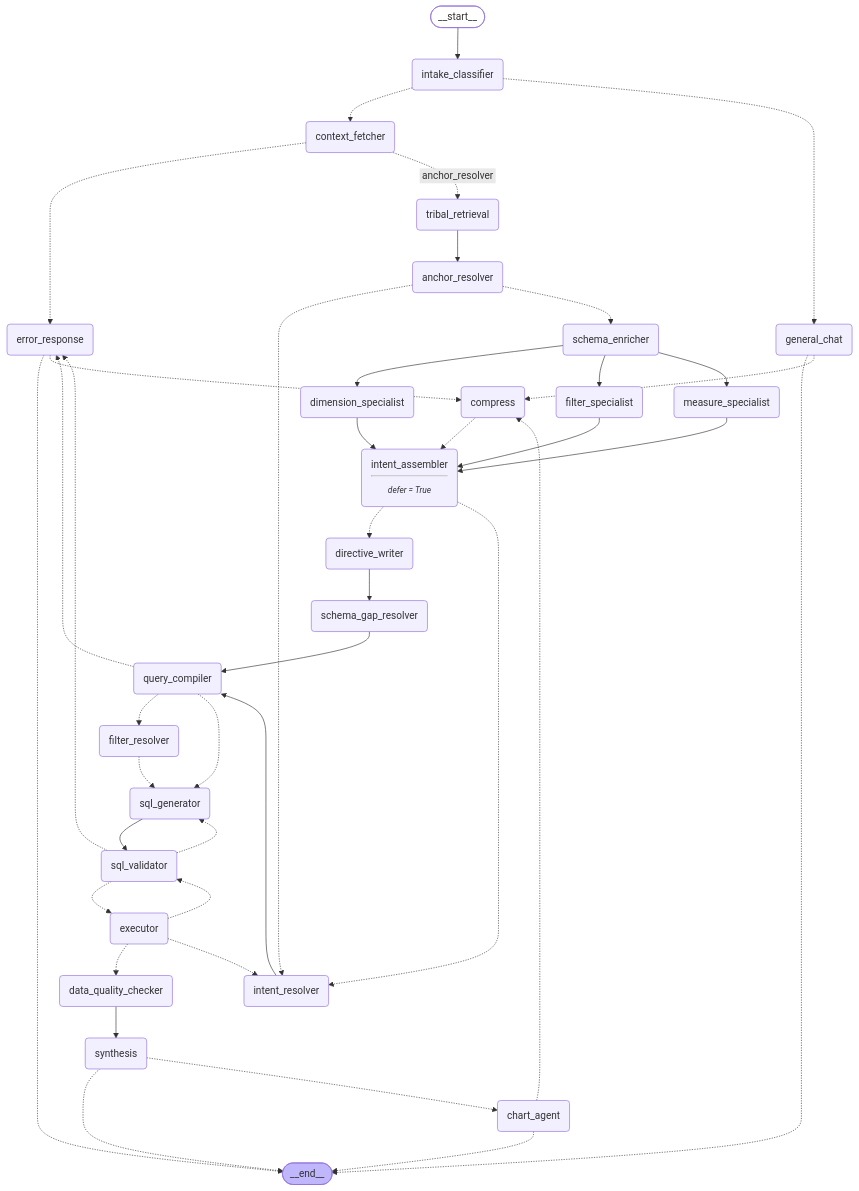
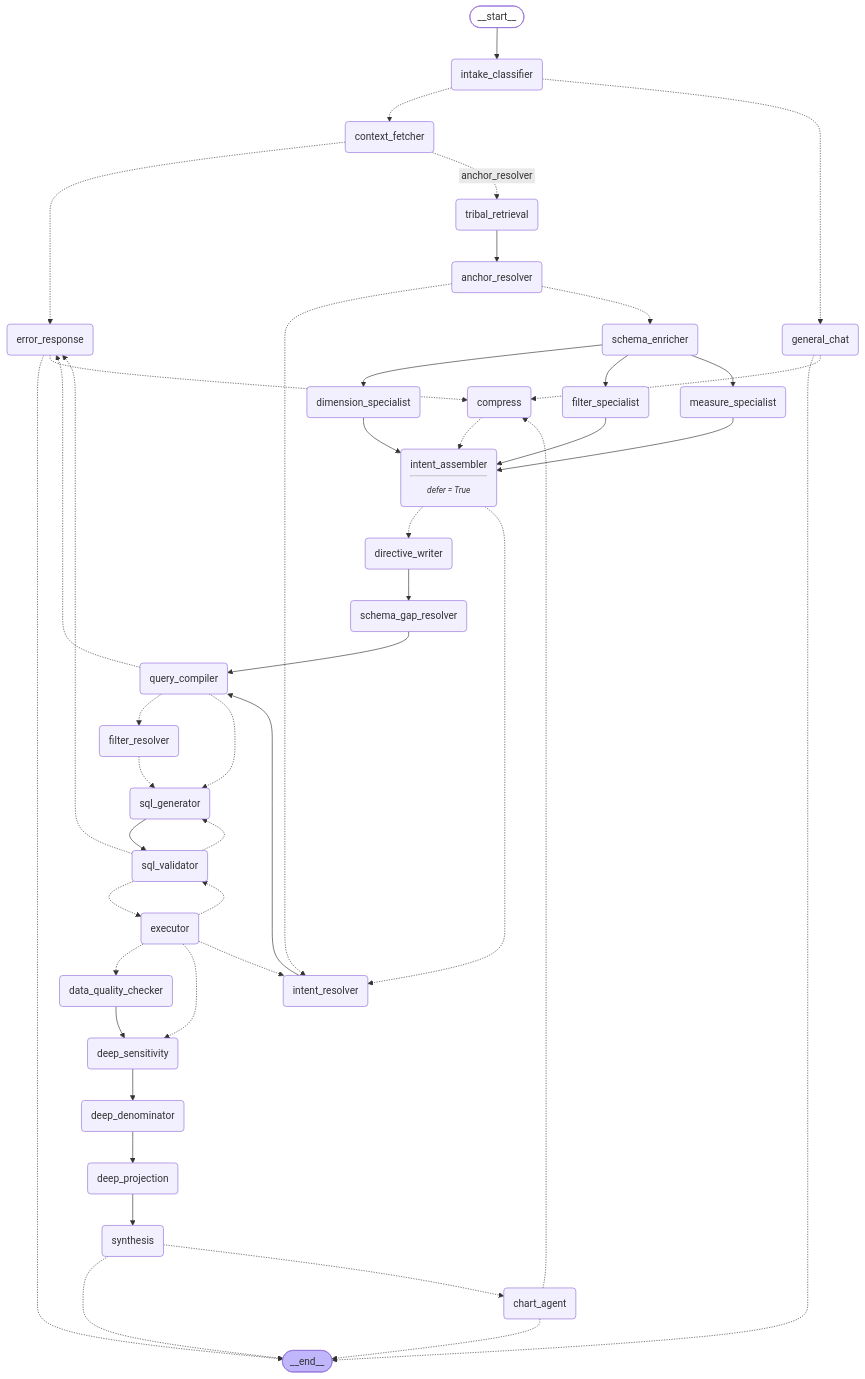
One commit to mayankdas2005/MTI-Brain changed the diagram in assets/analytics_graph.mmd. Above: the diagram before and after it, drawn with Mermaid. The commit also changed 18 other files, not shown here.

```diff
--- a/assets/analytics_graph.mmd
+++ b/assets/analytics_graph.mmd
@@ -1,69 +1,76 @@
 graph TD;
 	__start__([<p>__start__</p>]):::first
 	intake_classifier(intake_classifier)
 	general_chat(general_chat)
 	context_fetcher(context_fetcher)
 	tribal_retrieval(tribal_retrieval)
 	anchor_resolver(anchor_resolver)
 	schema_enricher(schema_enricher)
 	measure_specialist(measure_specialist)
 	filter_specialist(filter_specialist)
 	dimension_specialist(dimension_specialist)
 	intent_assembler(intent_assembler<hr/><small><em>defer = True</em></small>)
 	directive_writer(directive_writer)
 	schema_gap_resolver(schema_gap_resolver)
 	intent_resolver(intent_resolver)
 	query_compiler(query_compiler)
 	filter_resolver(filter_resolver)
 	sql_generator(sql_generator)
 	sql_validator(sql_validator)
 	executor(executor)
 	data_quality_checker(data_quality_checker)
+	deep_sensitivity(deep_sensitivity)
+	deep_denominator(deep_denominator)
+	deep_projection(deep_projection)
 	synthesis(synthesis)
 	chart_agent(chart_agent)
 	error_response(error_response)
 	compress(compress)
 	__end__([<p>__end__</p>]):::last
 	__start__ --> intake_classifier;
 	anchor_resolver -.-> intent_resolver;
 	anchor_resolver -.-> schema_enricher;
 	chart_agent -.-> __end__;
 	chart_agent -.-> compress;
 	compress -.-> intent_assembler;
 	context_fetcher -.-> error_response;
 	context_fetcher -. &nbsp;anchor_resolver&nbsp; .-> tribal_retrieval;
-	data_quality_checker --> synthesis;
+	data_quality_checker --> deep_sensitivity;
+	deep_denominator --> deep_projection;
+	deep_projection --> synthesis;
+	deep_sensitivity --> deep_denominator;
 	dimension_specialist --> intent_assembler;
 	directive_writer --> schema_gap_resolver;
 	error_response -.-> __end__;
 	error_response -.-> compress;
 	executor -.-> data_quality_checker;
+	executor -.-> deep_sensitivity;
 	executor -.-> intent_resolver;
 	executor -.-> sql_validator;
 	filter_resolver -.-> sql_generator;
 	filter_specialist --> intent_assembler;
 	general_chat -.-> __end__;
 	general_chat -.-> compress;
 	intake_classifier -.-> context_fetcher;
 	intake_classifier -.-> general_chat;
 	intent_assembler -.-> directive_writer;
 	intent_assembler -.-> intent_resolver;
 	intent_resolver --> query_compiler;
 	measure_specialist --> intent_assembler;
 	query_compiler -.-> error_response;
 	query_compiler -.-> filter_resolver;
 	query_compiler -.-> sql_generator;
 	schema_enricher --> dimension_specialist;
 	schema_enricher --> filter_specialist;
 	schema_enricher --> measure_specialist;
 	schema_gap_resolver --> query_compiler;
 	sql_generator --> sql_validator;
 	sql_validator -.-> error_response;
 	sql_validator -.-> executor;
 	sql_validator -.-> sql_generator;
 	synthesis -.-> __end__;
 	synthesis -.-> chart_agent;
 	tribal_retrieval --> anchor_resolver;
 	classDef default fill:#f2f0ff,line-height:1.2
 	classDef first fill-opacity:0
 	classDef last fill:#bfb6fc
```
